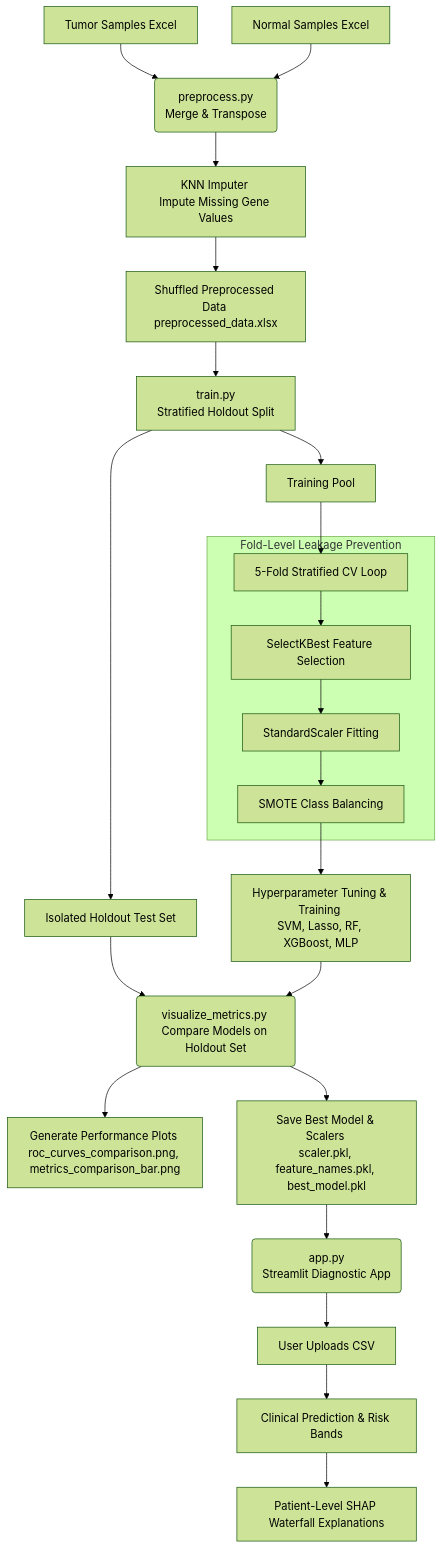
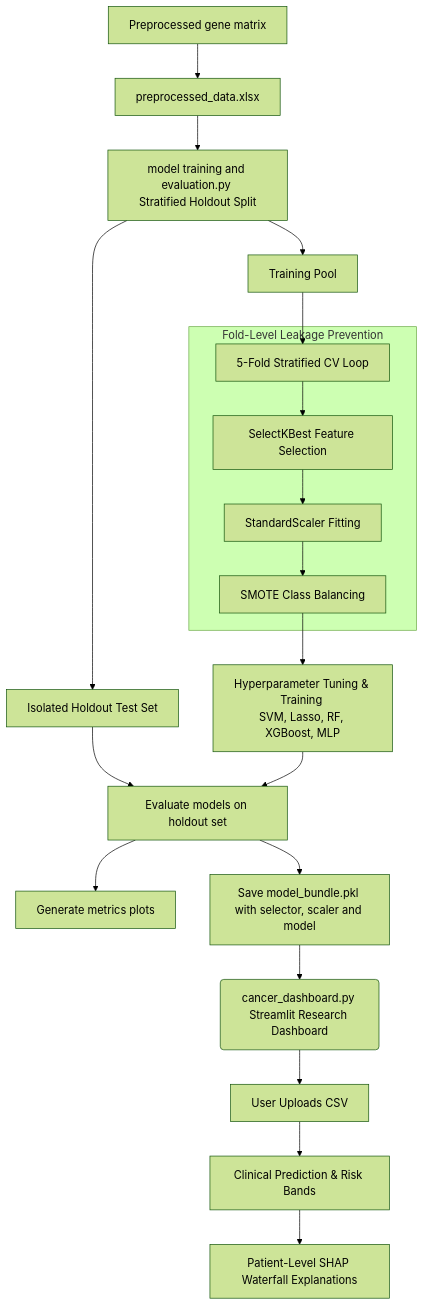
One commit to Paarija/Bladder-Cancer-Predictor changed the diagram in README.md. Above: the diagram before and after it, drawn with Mermaid (forest theme). The commit also changed other lines of this file and 3 other files, not shown here.

Commit message:
Improve bladder cancer model pipeline and dashboard

````diff
--- a/README.md
+++ b/README.md
@@ -36,28 +36,26 @@
 ```mermaid
 flowchart TD
-    A[Tumor Samples Excel] & B[Normal Samples Excel] --> C(preprocess.py <br/>Merge & Transpose)
-    C --> D[KNN Imputer <br/>Impute Missing Gene Values]
-    D --> E[Shuffled Preprocessed Data <br/>preprocessed_data.xlsx]
+    A[Preprocessed gene matrix] --> E[preprocessed_data.xlsx]
     
-    E --> F[train.py <br/>Stratified Holdout Split]
+    E --> F[model training and evaluation.py <br/>Stratified Holdout Split]
     F --> G[Training Pool]
     F --> H[Isolated Holdout Test Set]
     
     G --> I[5-Fold Stratified CV Loop]
     subgraph KFold_Isolation [Fold-Level Leakage Prevention]
         I --> J[SelectKBest Feature Selection]
         J --> K[StandardScaler Fitting]
         K --> L[SMOTE Class Balancing]
     end
     
     L --> M[Hyperparameter Tuning & Training <br/>SVM, Lasso, RF, XGBoost, MLP]
     
-    H & M --> O(visualize_metrics.py <br/>Compare Models on Holdout Set)
-    O --> P[Generate Performance Plots <br/>roc_curves_comparison.png, metrics_comparison_bar.png]
-    O --> N[Save Best Model & Scalers <br/>scaler.pkl, feature_names.pkl, best_model.pkl]
+    H & M --> O[Evaluate models on holdout set]
+    O --> P[Generate metrics plots]
+    O --> N[Save model_bundle.pkl with selector, scaler and model]
     
-    N --> Q(app.py <br/>Streamlit Diagnostic App)
+    N --> Q(cancer_dashboard.py <br/>Streamlit Research Dashboard)
     Q --> R[User Uploads CSV]
     R --> S[Clinical Prediction & Risk Bands]
     S --> T[Patient-Level SHAP Waterfall Explanations]
 ```
````
